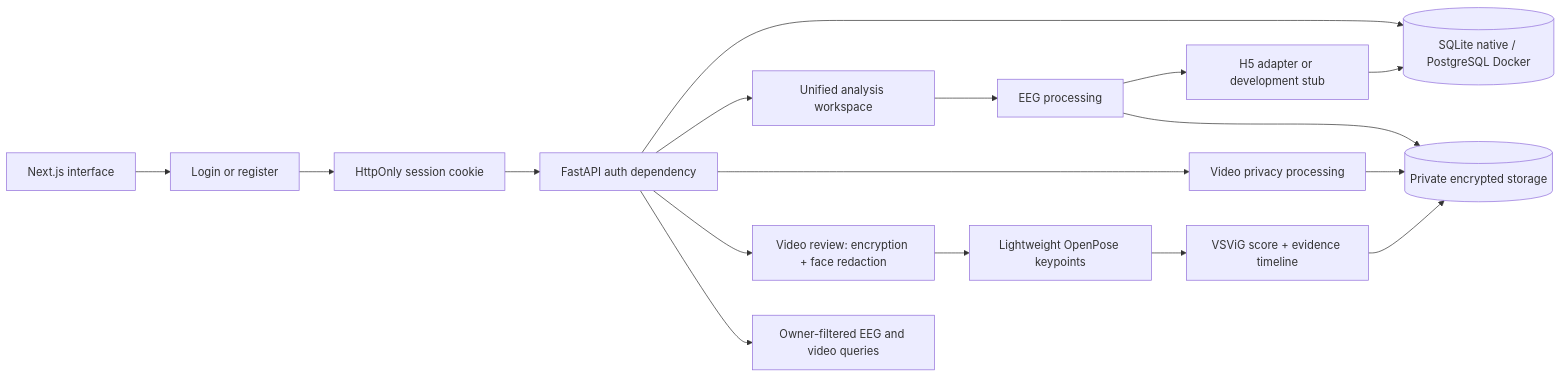
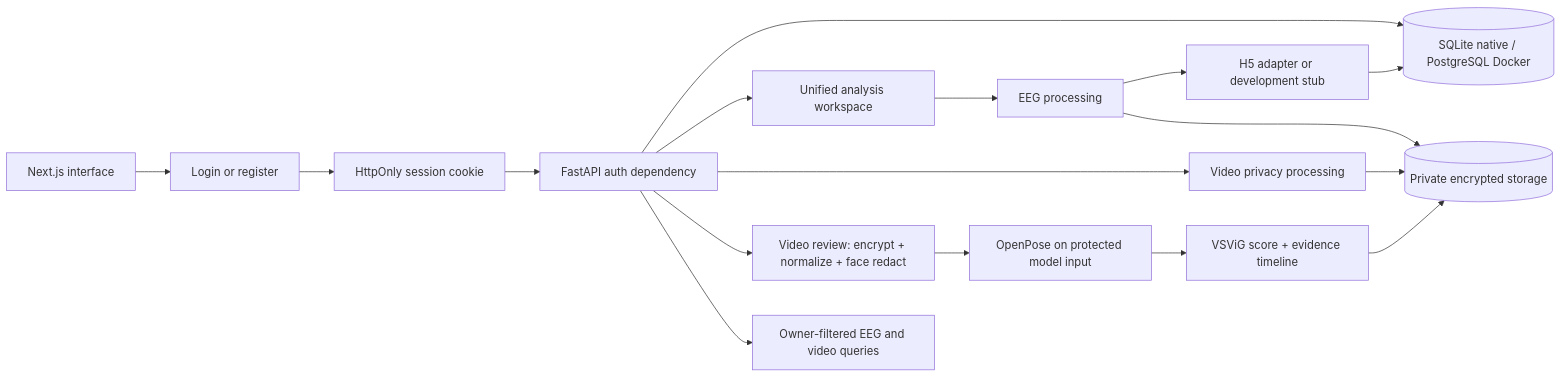
Before and after one commit to 4ffaad/FYP-MDS01: the diagram in README.md, drawn with Mermaid. The commit also changed other lines of this file and 70 other files, not shown here.

````diff
--- a/README.md
+++ b/README.md
@@ -72,19 +80,19 @@
 ```mermaid
 flowchart LR
     Browser[Next.js interface] --> Auth[Login or register]
     Auth --> Cookie[HttpOnly session cookie]
     Cookie --> API[FastAPI auth dependency]
     API --> DB[(SQLite native / PostgreSQL Docker)]
     API --> Workspace[Unified analysis workspace]
     Workspace --> EEG[EEG processing]
     API --> Video[Video privacy processing]
-    API --> Detection[Video review: encryption + face redaction]
-    Detection --> Pose[Lightweight OpenPose keypoints]
+    API --> Detection[Video review: encrypt + normalize + face redact]
+    Detection --> Pose[OpenPose on protected model input]
     Pose --> VSViG[VSViG score + evidence timeline]
     VSViG --> Files
     EEG --> Model[H5 adapter or development stub]
     Model --> DB
     EEG --> Files[(Private encrypted storage)]
     Video --> Files
     API --> Owner[Owner-filtered EEG and video queries]
 ```
````
